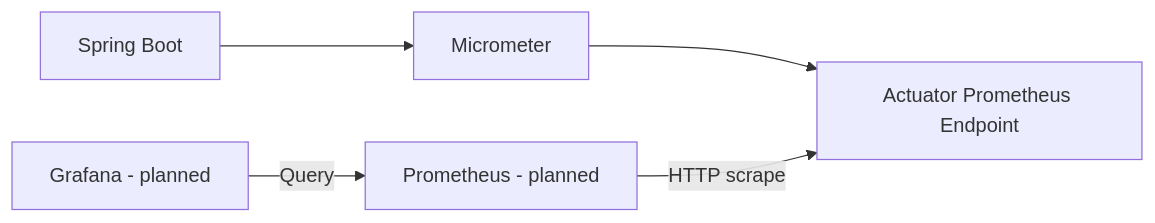
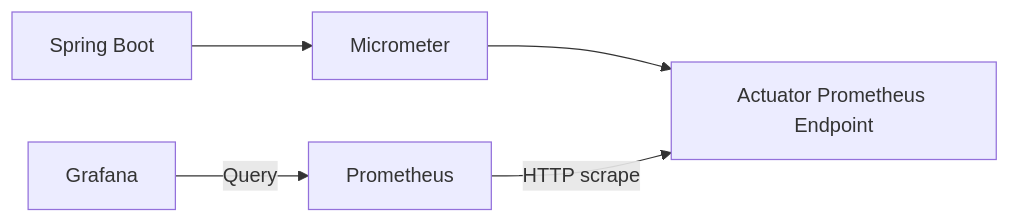
One commit to maxvanny2010/atu-devops-pipeline changed the first of 3 diagrams in docs/ARCHITECTURE.md. Above: the diagram before and after it, drawn with Mermaid. The commit also changed other lines of this file and 2 other files, not shown here.

````diff
--- a/docs/ARCHITECTURE.md
+++ b/docs/ARCHITECTURE.md
@@ -520,7 +511,7 @@
 ```mermaid
 flowchart LR
     A[Spring Boot] --> B[Micrometer]
     B --> C[Actuator Prometheus Endpoint]
-    D[Prometheus - planned] -->|HTTP scrape| C
-    E[Grafana - planned] -->|Query| D
+    D[Prometheus] -->|HTTP scrape| C
+    E[Grafana] -->|Query| D
 ```
````
